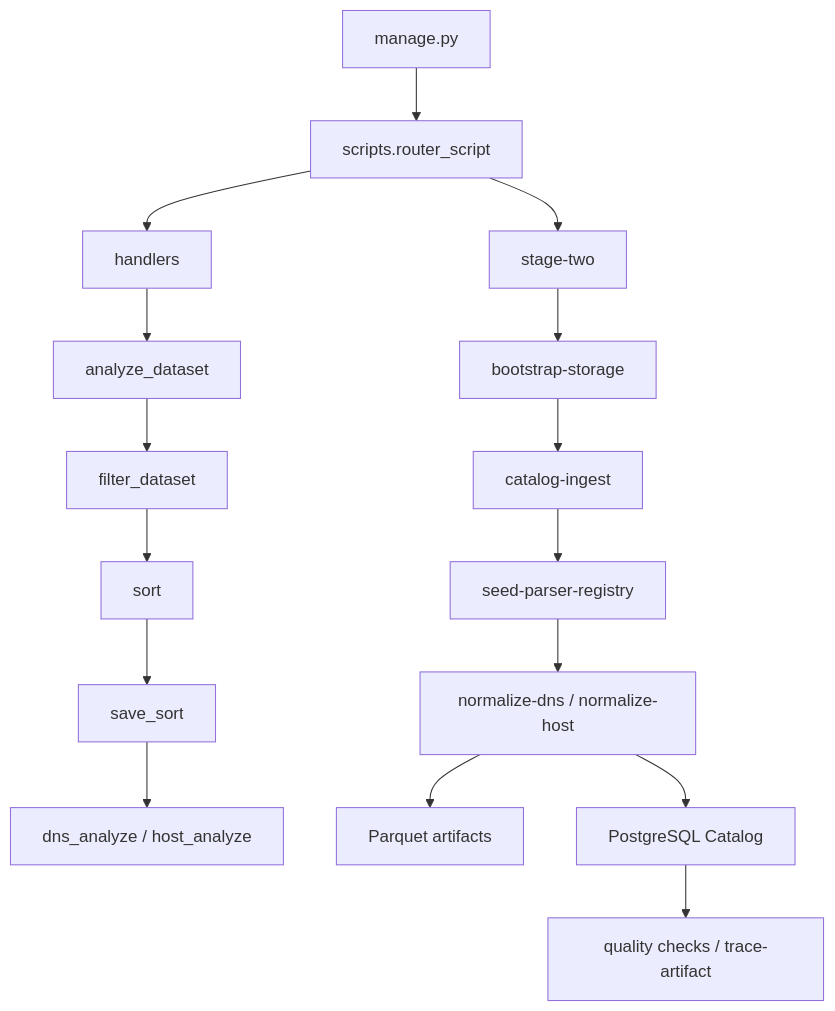
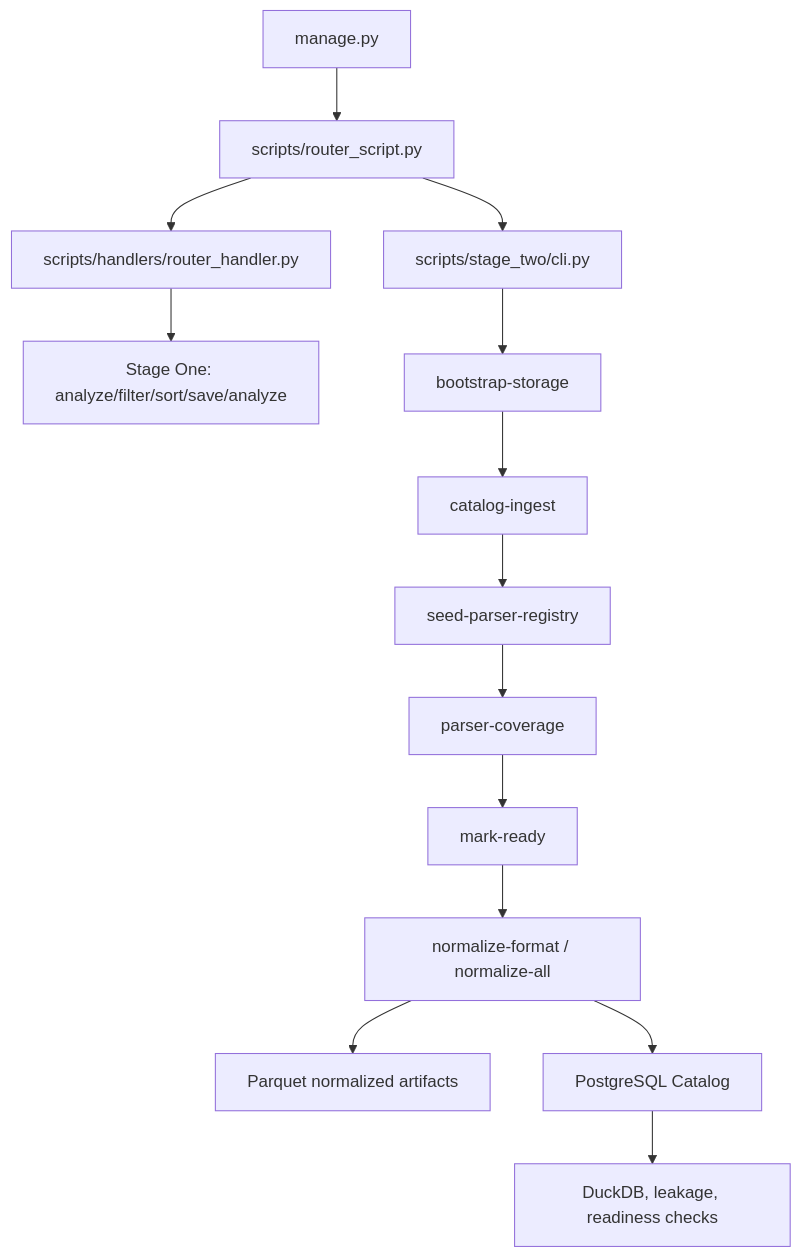
The diagram in docs/ru/code-architecture/general-architecture.md (icppoduction-rgb/Proposal), drawn with Mermaid before and after one commit. The commit also changed other lines of this file and 37 other files, not shown here.

````diff
--- a/docs/ru/code-architecture/general-architecture.md
+++ b/docs/ru/code-architecture/general-architecture.md
@@ -10,18 +10,16 @@
 ```mermaid
 flowchart TD
-    A[manage.py] --> B[scripts.router_script]
-    B --> C[handlers]
-    B --> D[stage-two]
-    C --> C1[analyze_dataset]
-    C1 --> C2[filter_dataset]
-    C2 --> C3[sort]
-    C3 --> C4[save_sort]
-    C4 --> C5[dns_analyze / host_analyze]
-    D --> D1[bootstrap-storage]
-    D1 --> D2[catalog-ingest]
-    D2 --> D3[seed-parser-registry]
-    D3 --> D4[normalize-dns / normalize-host]
-    D4 --> D5[Parquet artifacts]
-    D4 --> D6[PostgreSQL Catalog]
-    D6 --> D7[quality checks / trace-artifact]
+    A["manage.py"] --> B["scripts/router_script.py"]
+    B --> C["scripts/handlers/router_handler.py"]
+    B --> D["scripts/stage_two/cli.py"]
+    C --> C1["Stage One: analyze/filter/sort/save/analyze"]
+    D --> D1["bootstrap-storage"]
+    D1 --> D2["catalog-ingest"]
+    D2 --> D3["seed-parser-registry"]
+    D3 --> D4["parser-coverage"]
+    D4 --> D5["mark-ready"]
+    D5 --> D6["normalize-format / normalize-all"]
+    D6 --> D7["Parquet normalized artifacts"]
+    D6 --> D8["PostgreSQL Catalog"]
+    D8 --> D9["DuckDB, leakage, readiness checks"]
 ```
````
